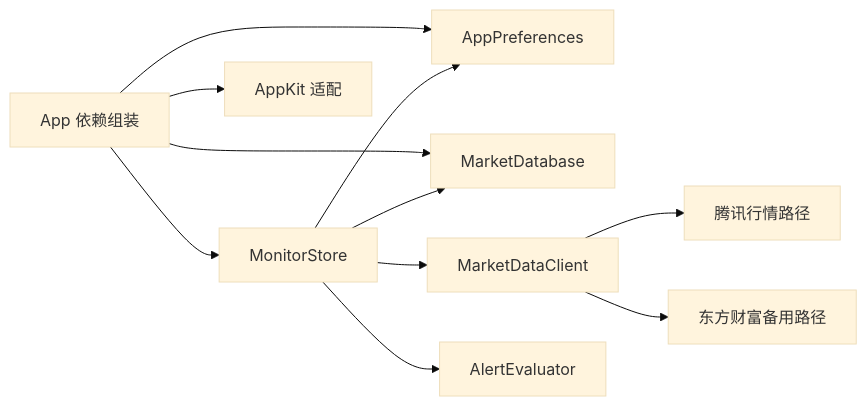
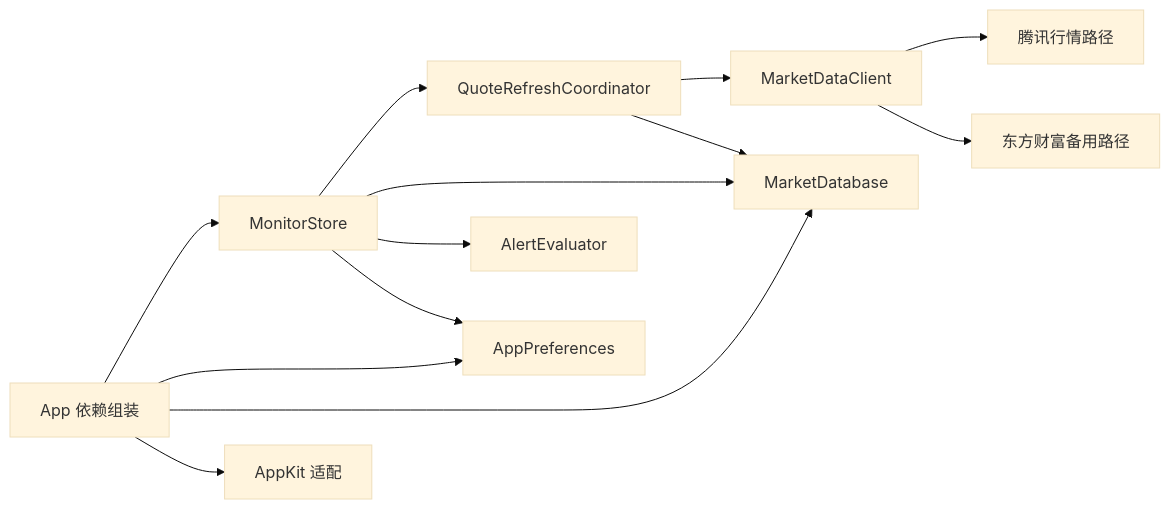
The diagram in docs/ARCHITECTURE.md (cmy-hhxx/MarketSprite), drawn with Mermaid (base theme) before and after one commit. The commit also changed other lines of this file and 34 other files, not shown here.

First line of the commit message:
feat!: ship v0.6.0 with Swift 6 strict concurrency and a single-schema database

````diff
--- a/docs/ARCHITECTURE.md
+++ b/docs/ARCHITECTURE.md
@@ -35,13 +37,15 @@
 ```mermaid
 flowchart LR
     App["App 依赖组装"] --> Monitor["MonitorStore"]
     App --> Preferences["AppPreferences"]
     App --> Database["MarketDatabase"]
     App --> Platform["AppKit 适配"]
-    Monitor --> Client["MarketDataClient"]
+    Monitor --> Coordinator["QuoteRefreshCoordinator"]
+    Coordinator --> Client["MarketDataClient"]
+    Coordinator --> Database
     Monitor --> Database
     Monitor --> Alerts["AlertEvaluator"]
     Monitor --> Preferences
     Client --> Tencent["腾讯行情路径"]
     Client --> EastMoney["东方财富备用路径"]
 ```
````
